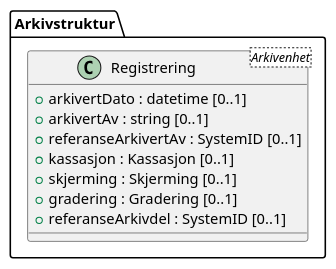
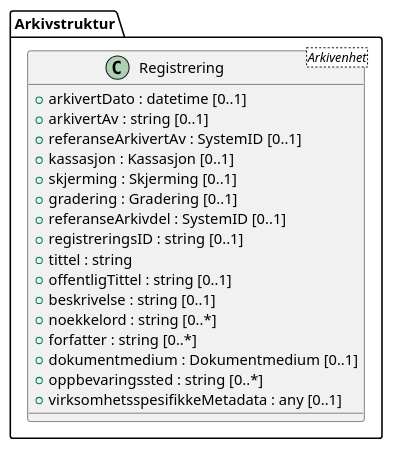
Before and after one commit to arkivverket/noark5-tjenestegrensesnitt-standard: the diagram in kapitler/media/uml-class-registrering.iuml, drawn with PlantUML. The commit also changed 10 other files, not shown here.

```diff
--- a/kapitler/media/uml-class-registrering.iuml
+++ b/kapitler/media/uml-class-registrering.iuml
@@ -1,11 +1,20 @@
 @startuml
 class Arkivstruktur.Registrering <Arkivenhet> {
   +arkivertDato : datetime [0..1]
   +arkivertAv : string [0..1]
   +referanseArkivertAv : SystemID [0..1]
   +kassasjon : Kassasjon [0..1]
   +skjerming : Skjerming [0..1]
   +gradering : Gradering [0..1]
   +referanseArkivdel : SystemID [0..1]
+  +registreringsID : string [0..1]
+  +tittel : string
+  +offentligTittel : string [0..1]
+  +beskrivelse : string [0..1]
+  +noekkelord : string [0..*]
+  +forfatter : string [0..*]
+  +dokumentmedium : Dokumentmedium [0..1]
+  +oppbevaringssted : string [0..*]
+  +virksomhetsspesifikkeMetadata : any [0..1]
 }
 @enduml
```
